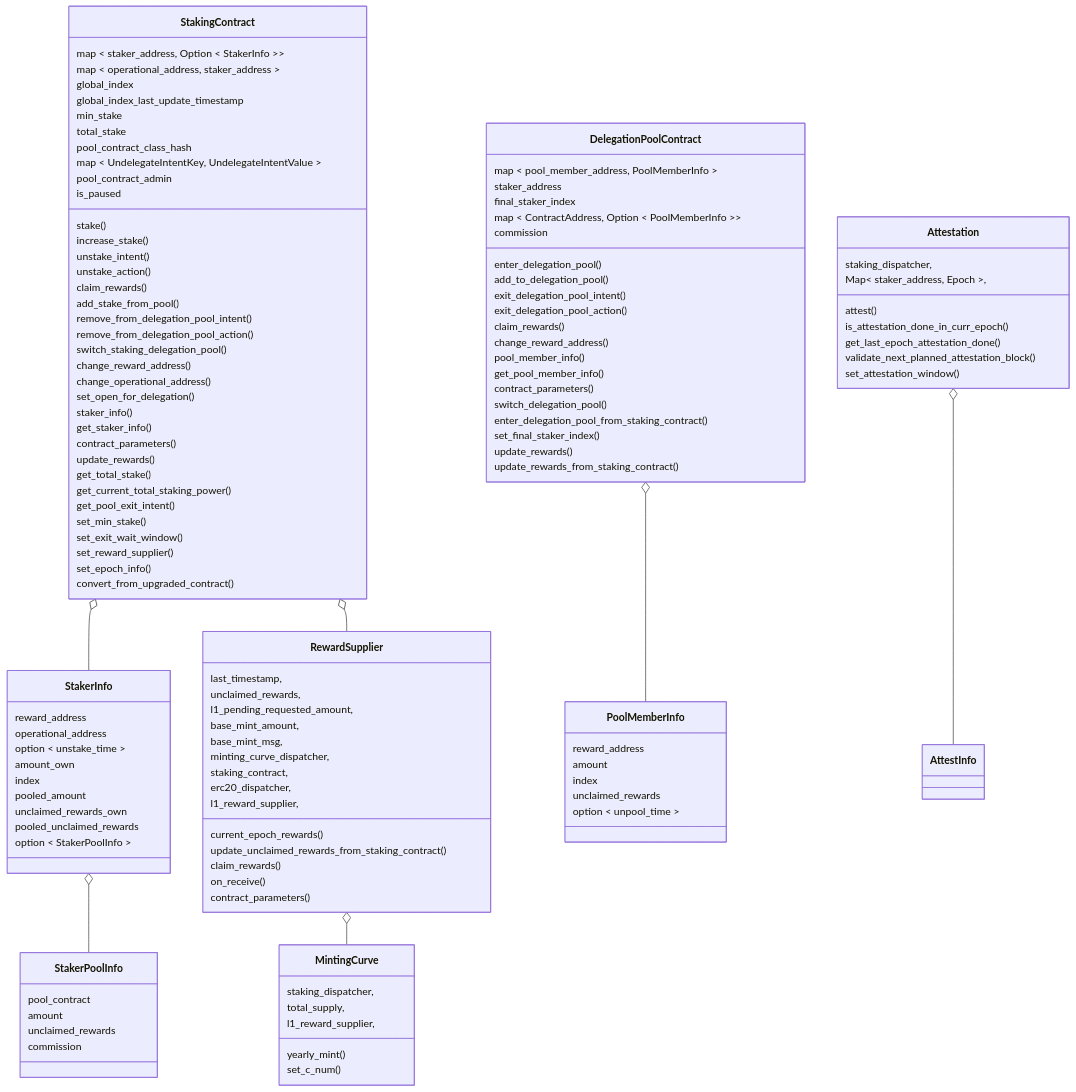
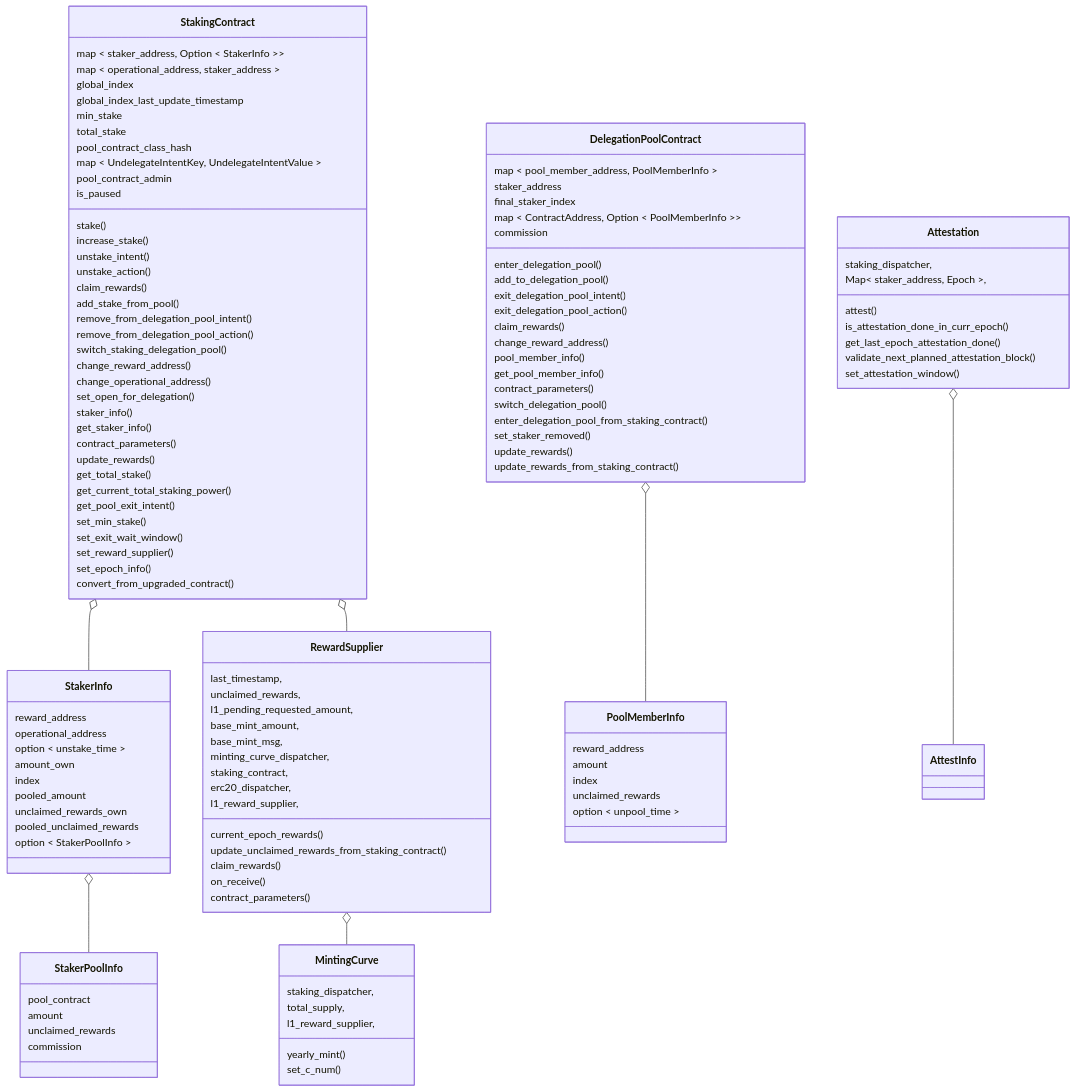
One commit to starkware-libs/starknet-staking changed the first of 8 diagrams in workspace/apps/staking/docs/spec.md. Above: the diagram before and after it, drawn with Mermaid. The commit also changed other lines of this file and 4 other files, not shown here.

```diff
--- a/workspace/apps/staking/docs/spec.md
+++ b/workspace/apps/staking/docs/spec.md
@@ -244,7 +244,7 @@
     contract_parameters()
     switch_delegation_pool()
     enter_delegation_pool_from_staking_contract()
-    set_final_staker_index()
+    set_staker_removed()
     update_rewards()
     update_rewards_from_staking_contract()
   }
```
